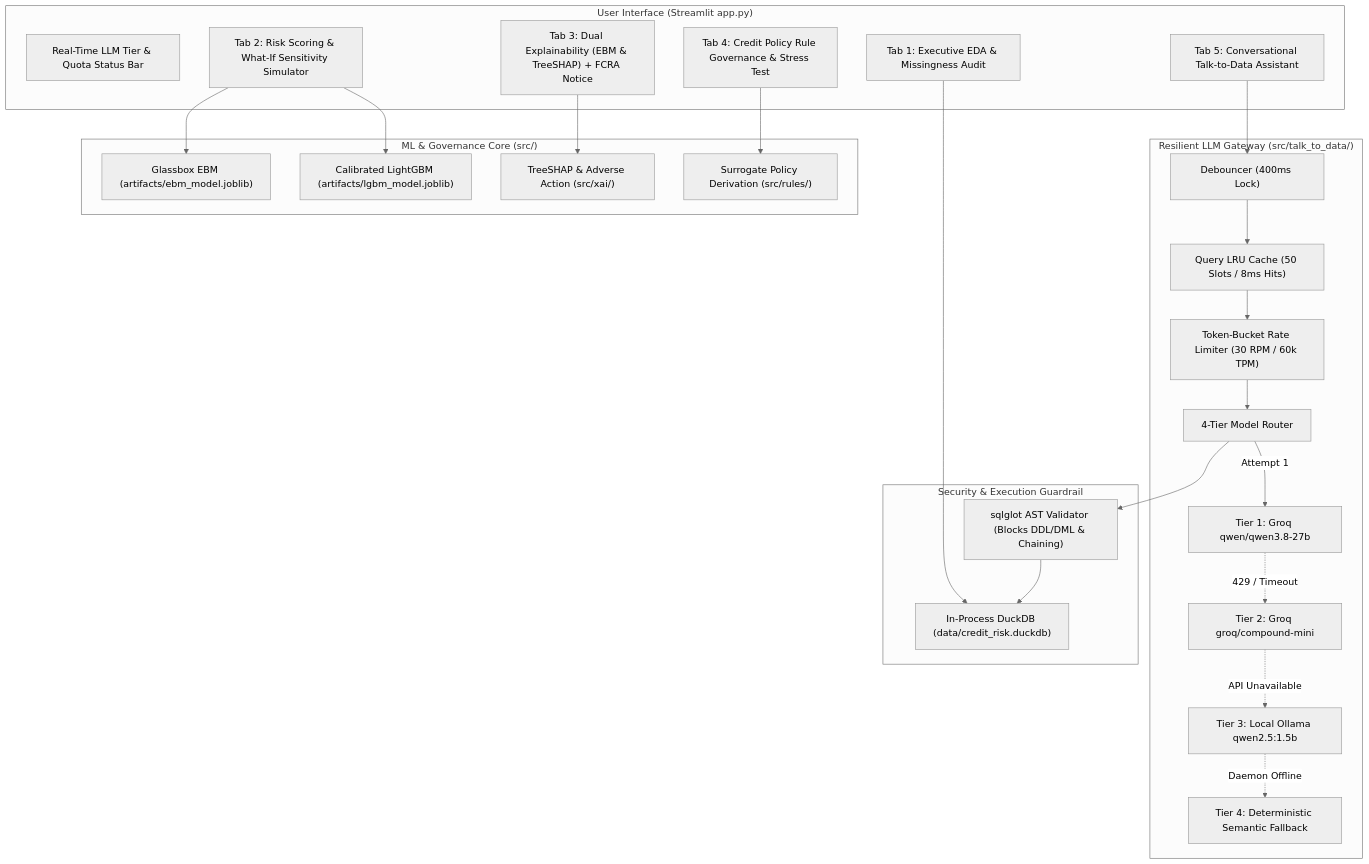
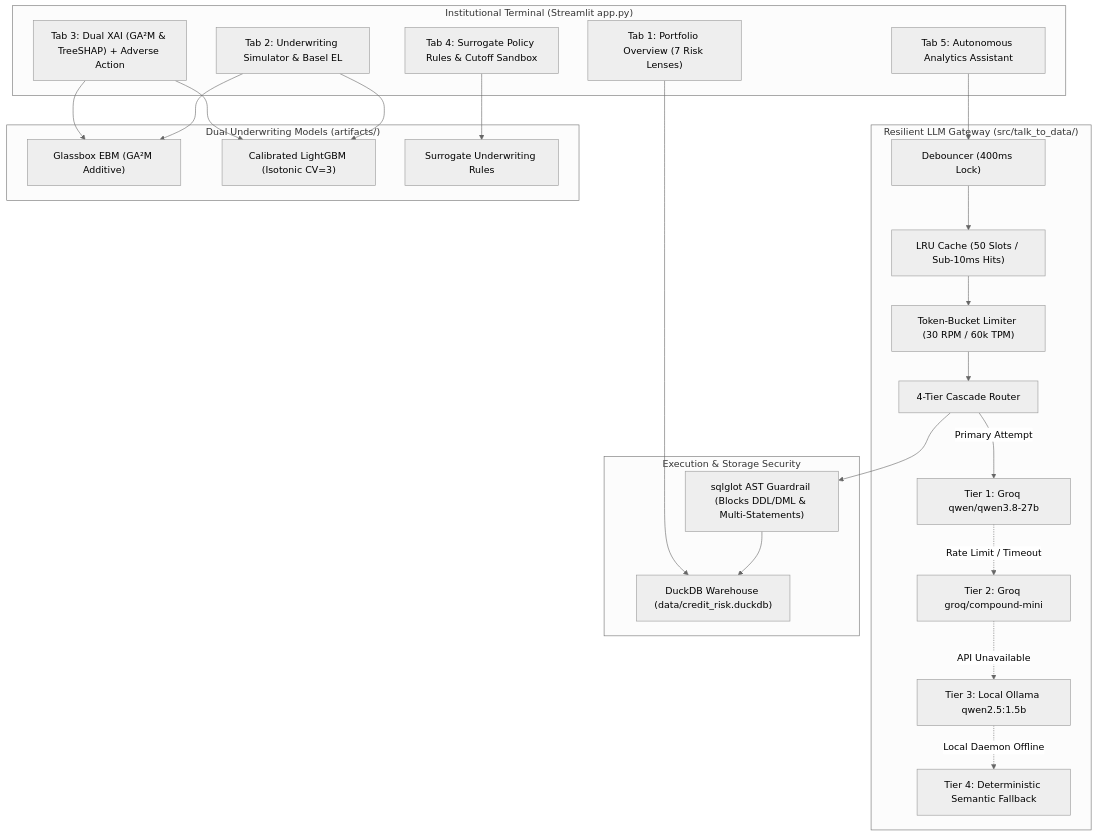
The diagram in README.md (K1NGS1LVER/neostats_credit_fraud_eval), drawn with Mermaid (neutral theme) before and after one commit. The commit also changed other lines of this file and 1 other file, not shown here.

````diff
--- a/README.md
+++ b/README.md
@@ -30,47 +84,44 @@
 ```mermaid
 graph TD
-    subgraph UI ["User Interface (Streamlit app.py)"]
-        UI_STATUS["Real-Time LLM Tier & Quota Status Bar"]
-        UI_TAB1["Tab 1: Executive EDA & Missingness Audit"]
-        UI_TAB2["Tab 2: Risk Scoring & What-If Sensitivity Simulator"]
-        UI_TAB3["Tab 3: Dual Explainability (EBM & TreeSHAP) + FCRA Notice"]
-        UI_TAB4["Tab 4: Credit Policy Rule Governance & Stress Test"]
-        UI_TAB5["Tab 5: Conversational Talk-to-Data Assistant"]
+    subgraph UI ["Institutional Terminal (Streamlit app.py)"]
+        TAB1["Tab 1: Portfolio Overview (7 Risk Lenses)"]
+        TAB2["Tab 2: Underwriting Simulator & Basel EL"]
+        TAB3["Tab 3: Dual XAI (GA²M & TreeSHAP) + Adverse Action"]
+        TAB4["Tab 4: Surrogate Policy Rules & Cutoff Sandbox"]
+        TAB5["Tab 5: Autonomous Analytics Assistant"]
     end
 
     subgraph LLM_GATEWAY ["Resilient LLM Gateway (src/talk_to_data/)"]
         DEBOUNCE["Debouncer (400ms Lock)"]
-        LRU["Query LRU Cache (50 Slots / 8ms Hits)"]
-        RATE["Token-Bucket Rate Limiter (30 RPM / 60k TPM)"]
+        LRU["LRU Cache (50 Slots / Sub-10ms Hits)"]
+        RATE["Token-Bucket Limiter (30 RPM / 60k TPM)"]
         
-        ROUTER["4-Tier Model Router"]
+        ROUTER["4-Tier Cascade Router"]
         TIER1["Tier 1: Groq qwen/qwen3.8-27b"]
         TIER2["Tier 2: Groq groq/compound-mini"]
         TIER3["Tier 3: Local Ollama qwen2.5:1.5b"]
         TIER4["Tier 4: Deterministic Semantic Fallback"]
     end
 
-    subgraph SECURITY ["Security & Execution Guardrail"]
-        AST_GUARD["sqlglot AST Validator (Blocks DDL/DML & Chaining)"]
-        DUCK["In-Process DuckDB (data/credit_risk.duckdb)"]
+    subgraph SECURITY ["Execution & Storage Security"]
+        AST_GUARD["sqlglot AST Guardrail (Blocks DDL/DML & Multi-Statements)"]
+        DUCK["DuckDB Warehouse (data/credit_risk.duckdb)"]
     end
 
-    subgraph CORE_ML ["ML & Governance Core (src/)"]
-        EBM["Glassbox EBM (artifacts/ebm_model.joblib)"]
-        LGBM["Calibrated LightGBM (artifacts/lgbm_model.joblib)"]
-        XAI_MOD["TreeSHAP & Adverse Action (src/xai/)"]
-        RULES_MOD["Surrogate Policy Derivation (src/rules/)"]
+    subgraph MODELS ["Dual Underwriting Models (artifacts/)"]
+        EBM["Glassbox EBM (GA²M Additive)"]
+        LGBM["Calibrated LightGBM (Isotonic CV=3)"]
+        RULES["Surrogate Underwriting Rules"]
     end
 
-    UI_TAB5 --> DEBOUNCE --> LRU --> RATE --> ROUTER
-    ROUTER -->|Attempt 1| TIER1
-    TIER1 -.->|429 / Timeout| TIER2
+    TAB5 --> DEBOUNCE --> LRU --> RATE --> ROUTER
+    ROUTER -->|Primary Attempt| TIER1
+    TIER1 -.->|Rate Limit / Timeout| TIER2
     TIER2 -.->|API Unavailable| TIER3
-    TIER3 -.->|Daemon Offline| TIER4
+    TIER3 -.->|Local Daemon Offline| TIER4
     ROUTER --> AST_GUARD --> DUCK
-
-    UI_TAB2 --> EBM & LGBM
-    UI_TAB3 --> XAI_MOD
-    UI_TAB4 --> RULES_MOD
-    UI_TAB1 --> DUCK
+    TAB2 --> EBM & LGBM
+    TAB3 --> EBM & LGBM
+    TAB4 --> RULES
+    TAB1 --> DUCK
 ```
````
